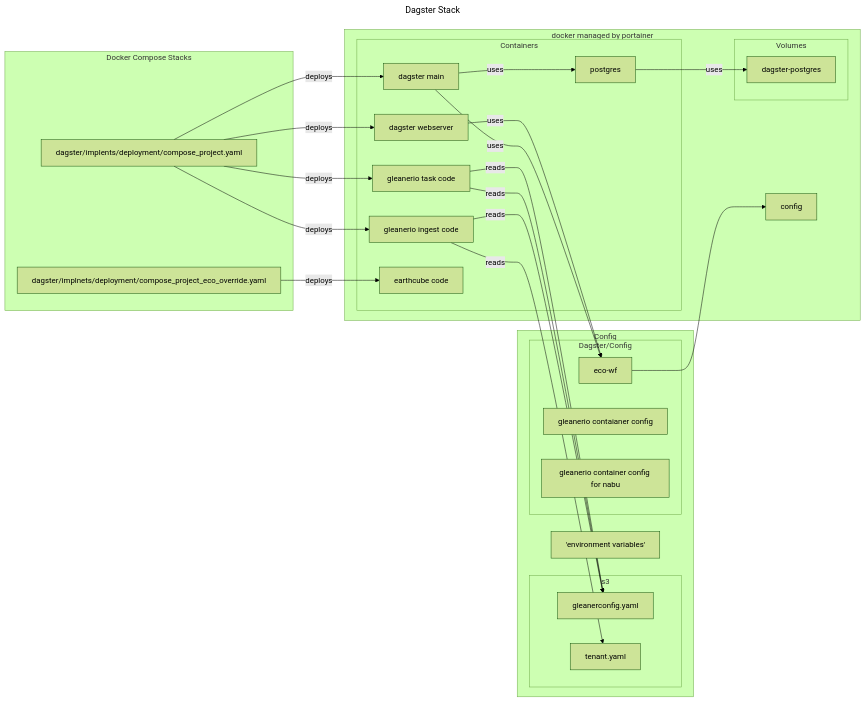
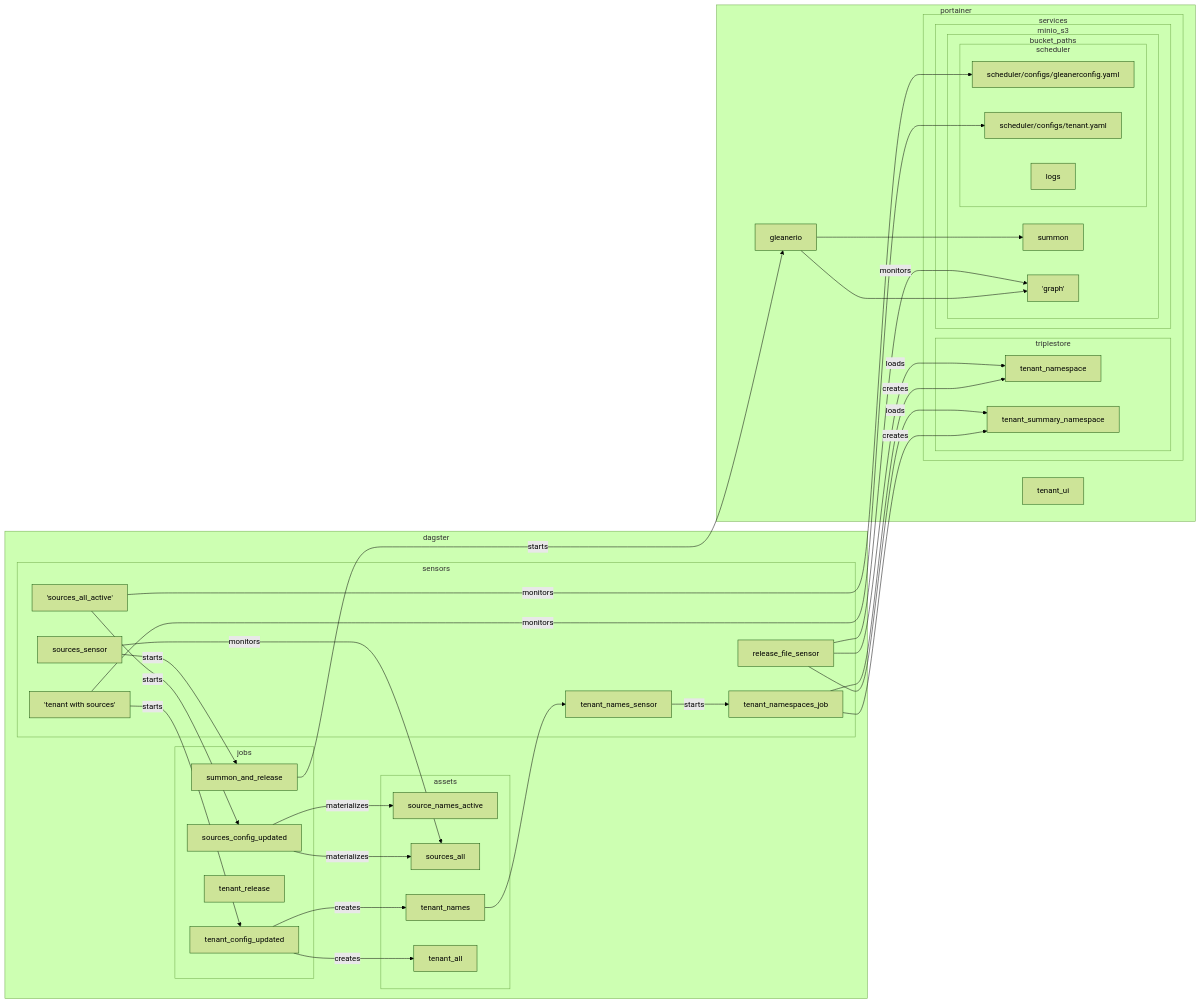
Before and after one commit to earthcube/scheduler: the first of 2 diagrams in docs/README.md, drawn with Mermaid (forest theme). The commit also changed other lines of this file, not shown here.

````diff
--- a/docs/README.md
+++ b/docs/README.md
@@ -42,56 +33,73 @@
 ```mermaid
----
-title: Dagster Stack
----
 flowchart LR
-    subgraph DockerCompose[Docker Compose Stacks]
-            maincompose[dagster/implents/deployment/compose_project.yaml]
-            project_overrides[dagster/implnets/deployment/compose_project_eco_override.yaml]
+    subgraph dagster
+        subgraph sensors
+            s3_config_sources_sensor['sources_all_active']
+            s3_config_tenant_sensor['tenant with sources']
+            sources_sensor
+            release_file_sensor
+            tenant_names_sensor
+            tenant_namespaces_job
+        end
+        subgraph jobs
+            summon_and_release
+            sources_config_updated
+            tenant_release
+            tenant_config_updated
+        end
+        subgraph assets
+            source_names_active
+            sources_all
+            tenant_names
+            tenant_all
+        end
+
+        
+    end
+    s3_config_sources_sensor--monitors --> sources_config
+    s3_config_tenant_sensor--monitors  -->tenant_config 
+    s3_config_sources_sensor--starts-->sources_config_updated
+    sources_config_updated--materializes-->source_names_active
+    sources_config_updated--materializes-->sources_all
+    s3_config_tenant_sensor--starts-->tenant_config_updated
+    tenant_config_updated--creates-->tenant_names
+    tenant_config_updated--creates-->tenant_all
+    sources_sensor--monitors-->sources_all
+    sources_sensor--starts-->summon_and_release
+    summon_and_release--starts--> gleanerio
+    gleanerio-->summon
+    gleanerio-->graph_path
+    tenant_names-->tenant_names_sensor
+    tenant_names_sensor--starts-->tenant_namespaces_job
+    tenant_namespaces_job--creates--> tenant_namespace
+    tenant_namespaces_job--creates-->tenant_summary_namespace
+    release_file_sensor--monitors-->graph_path
+    release_file_sensor--loads-->tenant_namespace
+    release_file_sensor--loads-->tenant_summary_namespace
+    
+    subgraph portainer
+      gleanerio 
+      tenant_ui
+      subgraph services
+           subgraph triplestore
+               tenant_namespace
+               tenant_summary_namespace
+            end
+    
+          subgraph minio_s3 
+            subgraph bucket_paths
+                subgraph scheduler
+                     sources_config["`scheduler/configs/gleanerconfig.yaml`"]
+                     tenant_config["`scheduler/configs/tenant.yaml`"]
+                     logs
+                end
+                summon
+                graph_path['graph']
+            end
+            end
+
+         end
     end
     
-    subgraph Config
-         subgraph s3
-            gleanconfig[gleanerconfig.yaml]
-            tenant[tenant.yaml]
-            
-        end
-        
-        subgraph Dagster/Config
-            workflow[ eco-wf ]
-            container-config-gleaner[gleanerio contaianer config]
-            container-config-nabu[gleanerio container config for nabu]
-        end
-        env['environment variables']
-
-    end
-    subgraph docker[docker managed by portainer]
-    
-        subgraph Containers
-                dagit
-                dagster
-                postgres
-                ingest
-                tasks
-                ecrr
-        end
-        config
-        subgraph Volumes
-            dagster-postgres
-        end
-    end
-    postgres--uses-->dagster-postgres
-    dagster--uses-->workflow
-    dagit--uses-->workflow
-    workflow-->config
-    maincompose--deploys-->dagit[dagster webserver]
-    maincompose--deploys-->dagster[dagster main]
-    maincompose--deploys-->ingest[gleanerio ingest code]
-    maincompose--deploys-->tasks[gleanerio task code]
-    project_overrides--deploys-->ecrr[earthcube code]
-    ingest--reads-->gleanconfig
-    ingest--reads-->tenant
-    tasks--reads-->gleanconfig
-    tasks--reads-->gleanconfig
-    dagster--uses-->postgres
-    
+   
 ```
````
